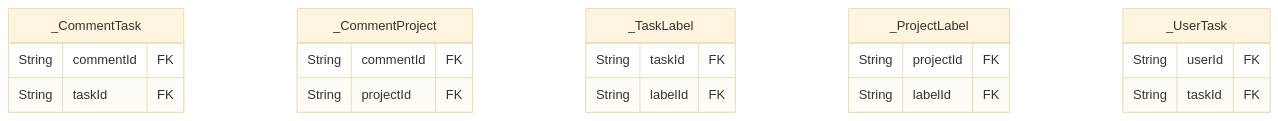
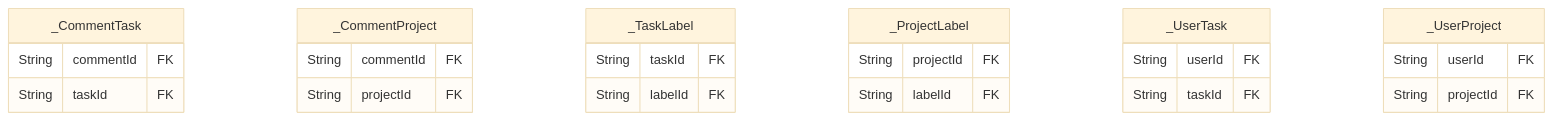
Before and after one commit to MaquestiauxLabs/demo-react-taskmanager: the sixth of 6 diagrams in docs/database-schema.md, drawn with Mermaid (base theme). The commit also changed other lines of this file and 5 other files, not shown here.

````diff
--- a/docs/database-schema.md
+++ b/docs/database-schema.md
@@ -285,23 +285,27 @@
 ```mermaid
 erDiagram
 "_CommentTask" {
   String commentId FK
   String taskId FK
 }
 "_CommentProject" {
   String commentId FK
   String projectId FK
 }
 "_TaskLabel" {
   String taskId FK
   String labelId FK
 }
 "_ProjectLabel" {
   String projectId FK
   String labelId FK
 }
 "_UserTask" {
   String userId FK
   String taskId FK
 }
+"_UserProject" {
+  String userId FK
+  String projectId FK
+}
 ```
````
